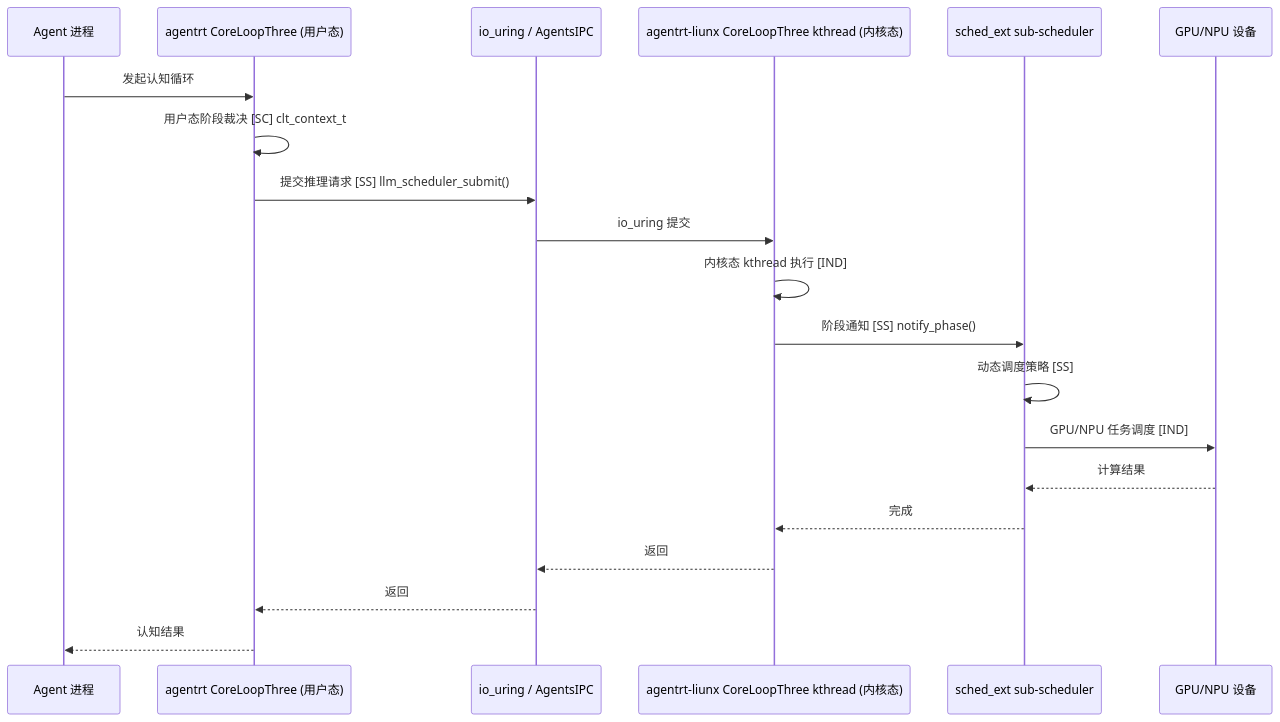
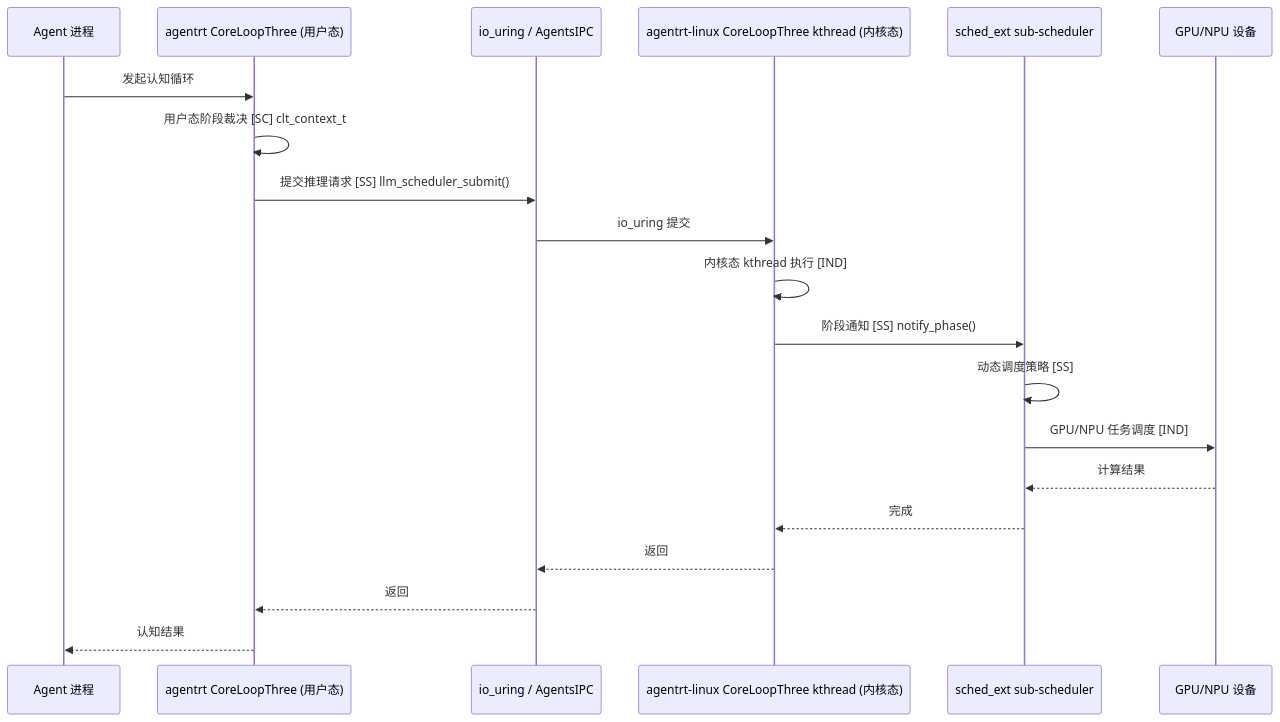
One commit to openairymax/docs changed the second of 2 diagrams in AirymaxOS/20-modules/05-cognition.md. Above: the diagram before and after it, drawn with Mermaid. The commit also changed other lines of this file and 75 other files, not shown here.

````diff
--- a/AirymaxOS/20-modules/05-cognition.md
+++ b/AirymaxOS/20-modules/05-cognition.md
@@ -468,23 +468,23 @@
 ```mermaid
 sequenceDiagram
     participant AGENT as Agent 进程
     participant CLT_U as agentrt CoreLoopThree (用户态)
     participant IPC as io_uring / AgentsIPC
-    participant CLT_K as agentrt-liunx CoreLoopThree kthread (内核态)
+    participant CLT_K as agentrt-linux CoreLoopThree kthread (内核态)
     participant SCHED as sched_ext sub-scheduler
     participant GPU as GPU/NPU 设备
 
     AGENT->>CLT_U: 发起认知循环
     CLT_U->>CLT_U: 用户态阶段裁决 [SC] clt_context_t
     CLT_U->>IPC: 提交推理请求 [SS] llm_scheduler_submit()
     IPC->>CLT_K: io_uring 提交
     CLT_K->>CLT_K: 内核态 kthread 执行 [IND]
     CLT_K->>SCHED: 阶段通知 [SS] notify_phase()
     SCHED->>SCHED: 动态调度策略 [SS]
     SCHED->>GPU: GPU/NPU 任务调度 [IND]
     GPU-->>SCHED: 计算结果
     SCHED-->>CLT_K: 完成
     CLT_K-->>IPC: 返回
     IPC-->>CLT_U: 返回
     CLT_U-->>AGENT: 认知结果
 ```
````
